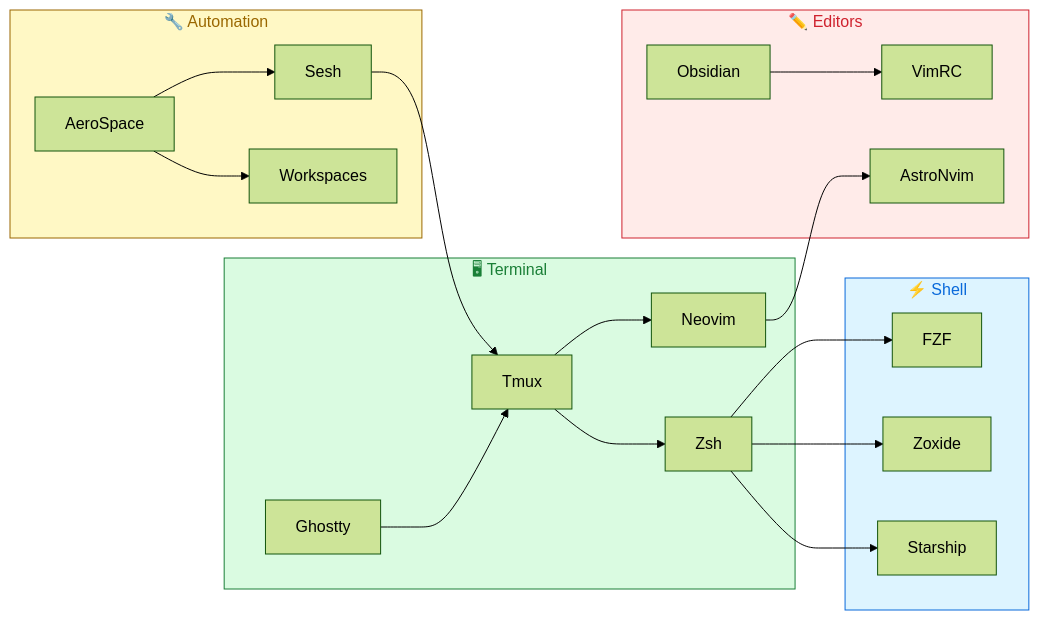
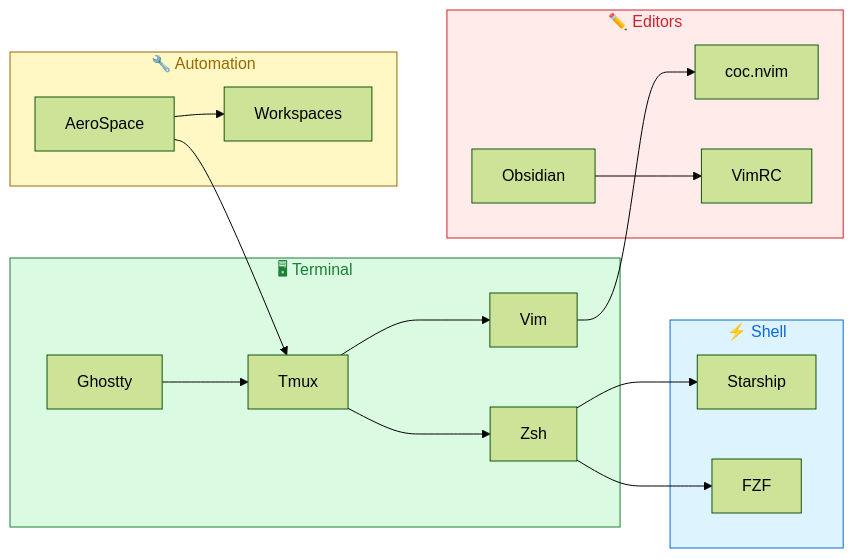
One commit to snesjhon/dotfiles changed the diagram in README.md. Above: the diagram before and after it, drawn with Mermaid (forest theme). The commit also changed other lines of this file and 85 other files, not shown here.

````diff
--- a/README.md
+++ b/README.md
@@ -43,30 +43,28 @@
 ```mermaid
 graph LR
     subgraph Terminal["🖥 Terminal"]
         Ghostty --> Tmux
         Tmux --> Zsh
-        Tmux --> Neovim
+        Tmux --> Vim
     end
 
     subgraph Shell["⚡ Shell"]
         Zsh --> Starship
-        Zsh --> Zoxide
         Zsh --> FZF
     end
 
     subgraph Automation["🔧 Automation"]
         AeroSpace --> Workspaces
-        AeroSpace --> Sesh
-        Sesh --> Tmux
+        AeroSpace --> Tmux
     end
 
     subgraph Editors["✏️ Editors"]
-        Neovim --> AstroNvim
+        Vim --> CocNvim["coc.nvim"]
         Obsidian --> VimRC
     end
 
     style Terminal fill:#dafbe1,stroke:#1a7f37,color:#1a7f37
     style Shell fill:#ddf4ff,stroke:#0969da,color:#0969da
     style Automation fill:#fff8c5,stroke:#9a6700,color:#9a6700
     style Editors fill:#ffebe9,stroke:#cf222e,color:#cf222e
 ```
````
